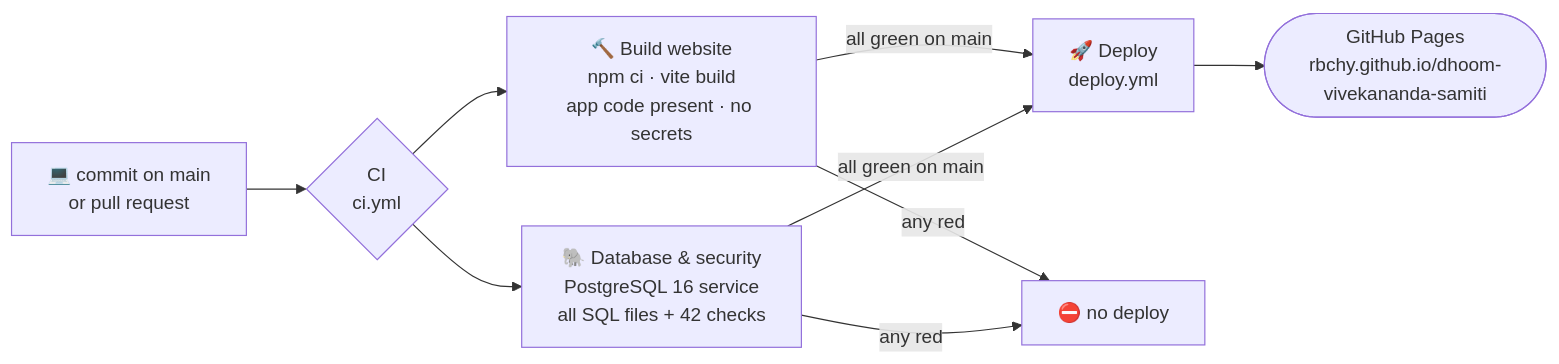
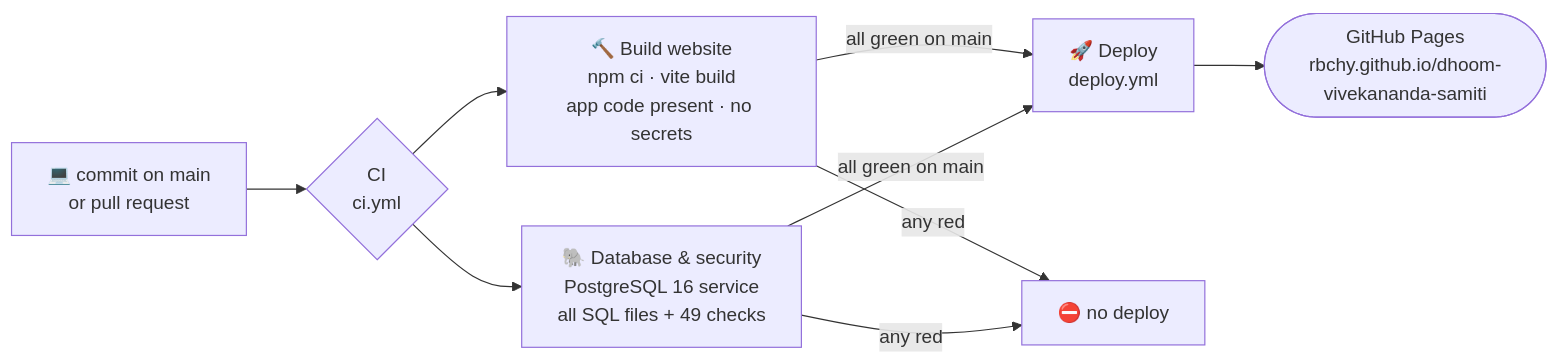
One commit to rbchy/dhoom-vivekananda-samiti changed the fifth of 6 diagrams in README.md. Above: the diagram before and after it, drawn with Mermaid. The commit also changed other lines of this file and 13 other files, not shown here.

````diff
--- a/README.md
+++ b/README.md
@@ -282,9 +286,9 @@
 ```mermaid
 flowchart LR
   DEV["💻 commit on main<br/>or pull request"] --> CI{"CI<br/>ci.yml"}
   CI --> J1["🔨 Build website<br/>npm ci · vite build<br/>app code present · no secrets"]
-  CI --> J2["🐘 Database & security<br/>PostgreSQL 16 service<br/>all SQL files + 42 checks"]
+  CI --> J2["🐘 Database & security<br/>PostgreSQL 16 service<br/>all SQL files + 49 checks"]
   J1 & J2 -->|all green on main| CD["🚀 Deploy<br/>deploy.yml"]
   CD --> PAGES(["GitHub Pages<br/>rbchy.github.io/dhoom-vivekananda-samiti"])
   J1 & J2 -->|any red| STOP["⛔ no deploy"]
 ```
````
